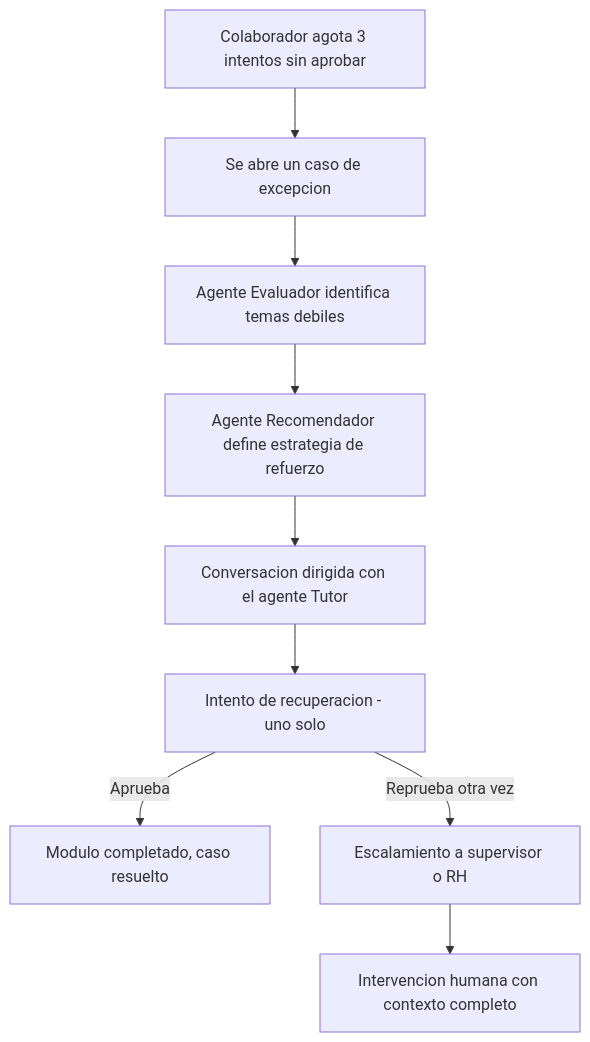
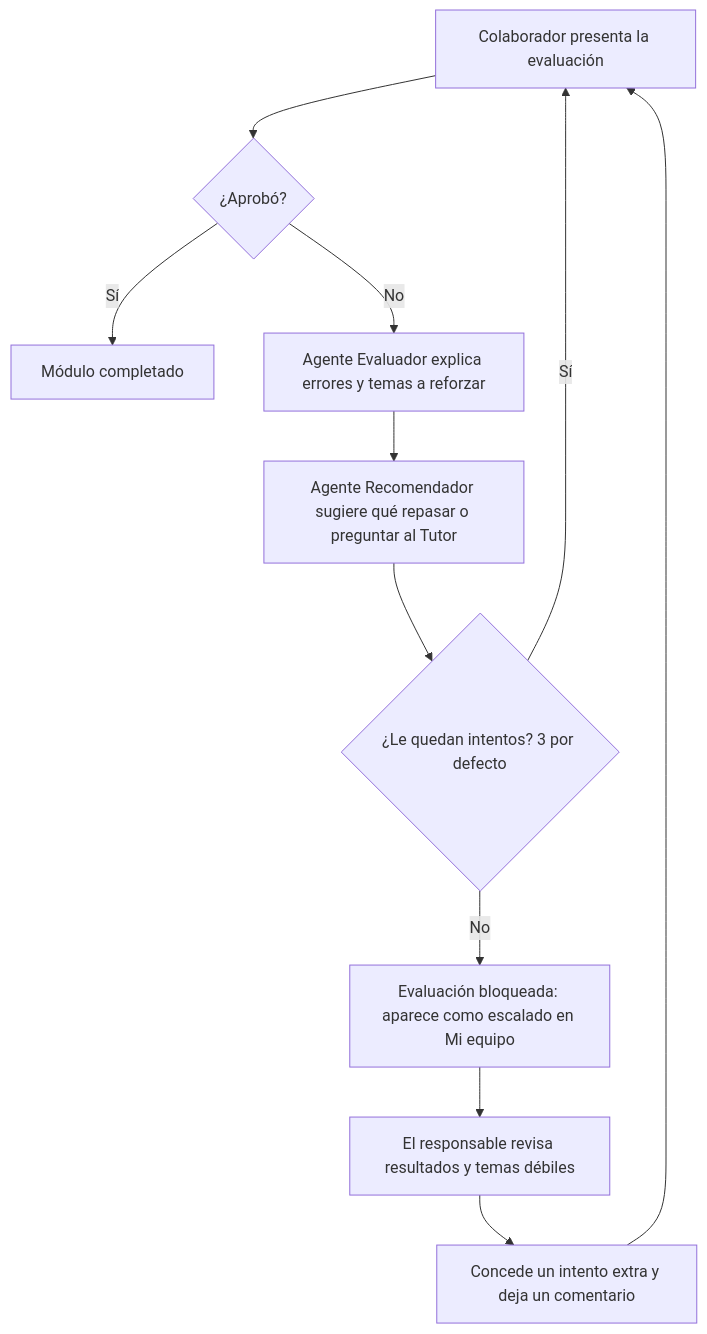
Before and after one commit to DevGabyMerida17/G19X-UPTAP-PGGM-269-ACADEMIC: the diagram in PRD.md, drawn with Mermaid. The commit also changed other lines of this file, not shown here.

First line of the commit message:
Alinear el PRD con lo construido

````diff
--- a/PRD.md
+++ b/PRD.md
@@ -110,11 +106,13 @@
 ```mermaid
 flowchart TD
-    A[Colaborador agota 3 intentos sin aprobar] --> B[Se abre un caso de excepcion]
-    B --> C[Agente Evaluador identifica temas debiles]
-    C --> D[Agente Recomendador define estrategia de refuerzo]
-    D --> E[Conversacion dirigida con el agente Tutor]
-    E --> F[Intento de recuperacion - uno solo]
-    F -->|Aprueba| G[Modulo completado, caso resuelto]
-    F -->|Reprueba otra vez| H[Escalamiento a supervisor o RH]
-    H --> I[Intervencion humana con contexto completo]
+    A[Colaborador presenta la evaluación] --> B{¿Aprobó?}
+    B -->|Sí| C[Módulo completado]
+    B -->|No| D[Agente Evaluador explica errores y temas a reforzar]
+    D --> E[Agente Recomendador sugiere qué repasar o preguntar al Tutor]
+    E --> F{¿Le quedan intentos? 3 por defecto}
+    F -->|Sí| A
+    F -->|No| G[Evaluación bloqueada: aparece como escalado en Mi equipo]
+    G --> H[El responsable revisa resultados y temas débiles]
+    H --> I[Concede un intento extra y deja un comentario]
+    I --> A
 ```
````
